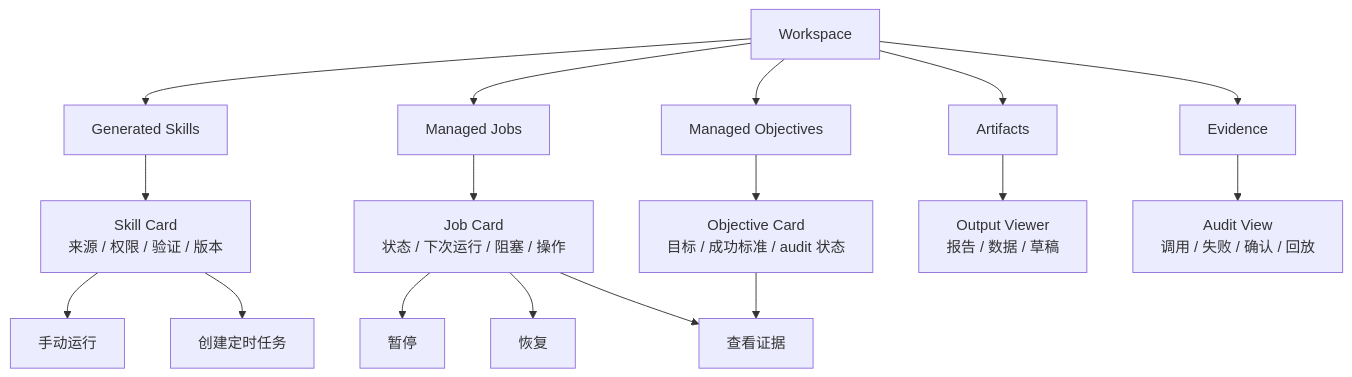
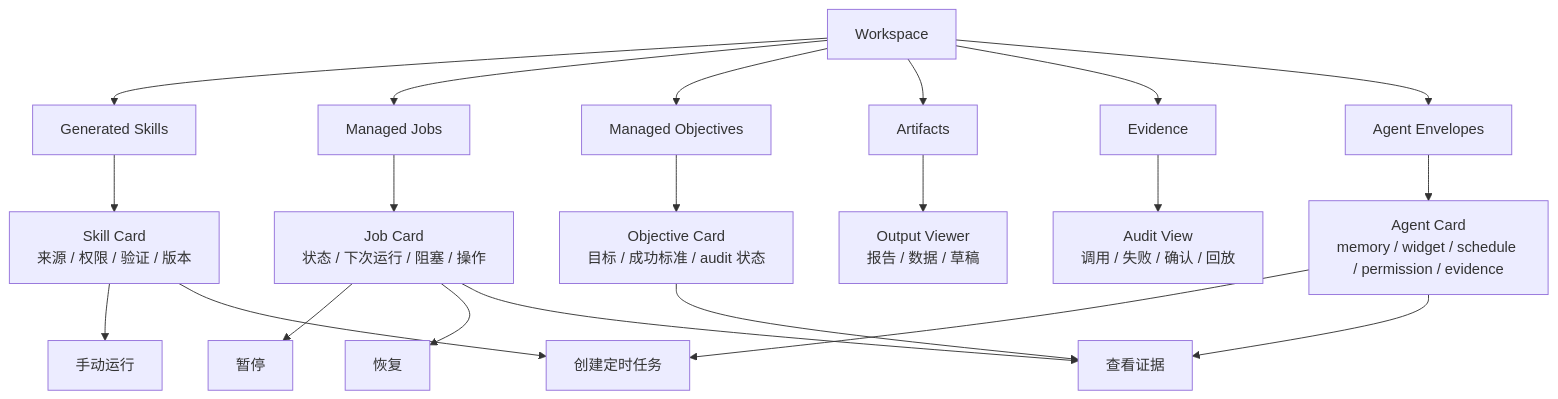
The eighth of 11 diagrams in docs/roadmap/creaoai/diagrams.md (limecloud/lime), drawn with Mermaid before and after one commit. The commit also changed other lines of this file and 191 other files, not shown here.

````diff
--- a/docs/roadmap/creaoai/diagrams.md
+++ b/docs/roadmap/creaoai/diagrams.md
@@ -226,21 +230,25 @@
 ```mermaid
 flowchart TB
     Workspace[Workspace] --> Skills[Generated Skills]
     Workspace --> Jobs[Managed Jobs]
     Workspace --> Objectives[Managed Objectives]
     Workspace --> Artifacts[Artifacts]
     Workspace --> Evidence[Evidence]
+    Workspace --> AgentEnvelope[Agent Envelopes]
 
     Skills --> SkillCard[Skill Card<br/>来源 / 权限 / 验证 / 版本]
     Jobs --> JobCard[Job Card<br/>状态 / 下次运行 / 阻塞 / 操作]
     Objectives --> ObjectiveCard[Objective Card<br/>目标 / 成功标准 / audit 状态]
     Artifacts --> Output[Output Viewer<br/>报告 / 数据 / 草稿]
     Evidence --> Audit[Audit View<br/>调用 / 失败 / 确认 / 回放]
+    AgentEnvelope --> AgentCard[Agent Card<br/>memory / widget / schedule / permission / evidence]
 
     SkillCard --> Run[手动运行]
     SkillCard --> Schedule[创建定时任务]
     ObjectiveCard --> Review[查看证据]
     JobCard --> Pause[暂停]
     JobCard --> Resume[恢复]
     JobCard --> Review
+    AgentCard --> Schedule
+    AgentCard --> Review
 ```
````
